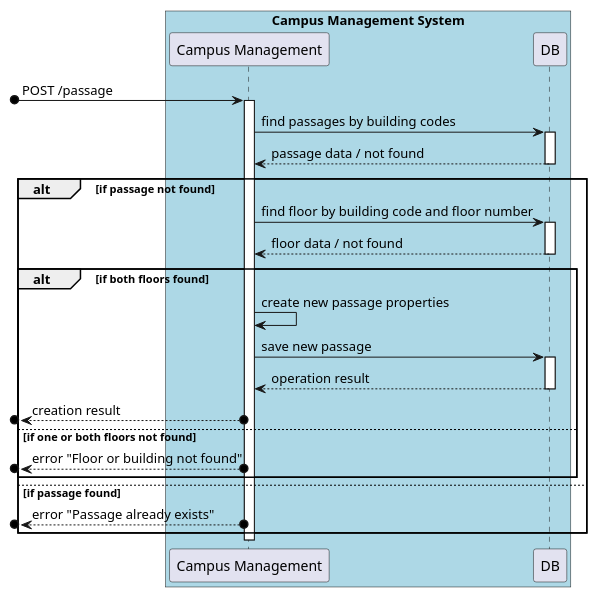
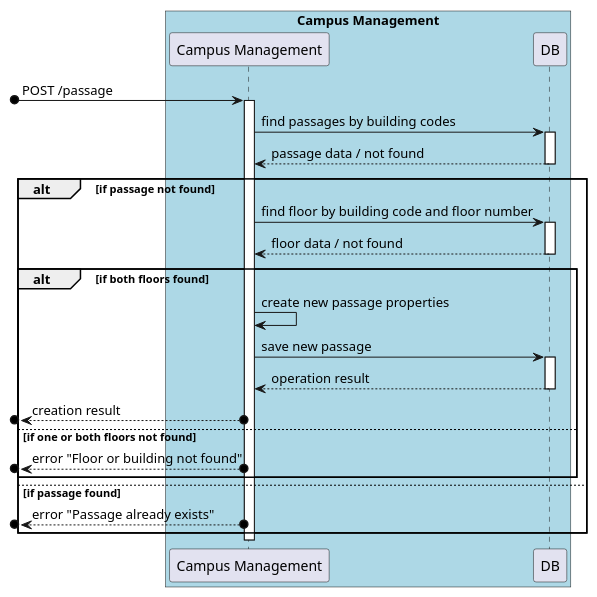
The diagram in docs/US/ID-240/SD lv2.puml (winqus/RobDroneGo), drawn with PlantUML before and after one commit. The commit also changed 5 other files, not shown here.

```diff
--- a/docs/US/ID-240/SD lv2.puml
+++ b/docs/US/ID-240/SD lv2.puml
@@ -1,41 +1,41 @@
 @startuml SD Lv2
 
-box "Campus Management System" #LightBlue
+box "Campus Management" #LightBlue
     participant "Campus Management" as Campus
     participant "DB" as DB
 end box
 
 [o-> Campus : POST /passage
 activate Campus
 
 Campus -> DB : find passages by building codes
 activate DB
 DB --> Campus : passage data / not found
 deactivate DB
 
 alt if passage not found
 
     Campus -> DB : find floor by building code and floor number
     activate DB
     DB --> Campus : floor data / not found
     deactivate DB
     
     alt if both floors found
         Campus -> Campus : create new passage properties
 
         Campus -> DB : save new passage
         activate DB
         DB --> Campus : operation result
         deactivate DB
 
         [o<--o Campus : creation result
     else if one or both floors not found
         [o<--o Campus : error "Floor or building not found"
     end
 
 else if passage found
     [o<--o Campus : error "Passage already exists"
 end
 deactivate Campus
 
 @enduml
```
